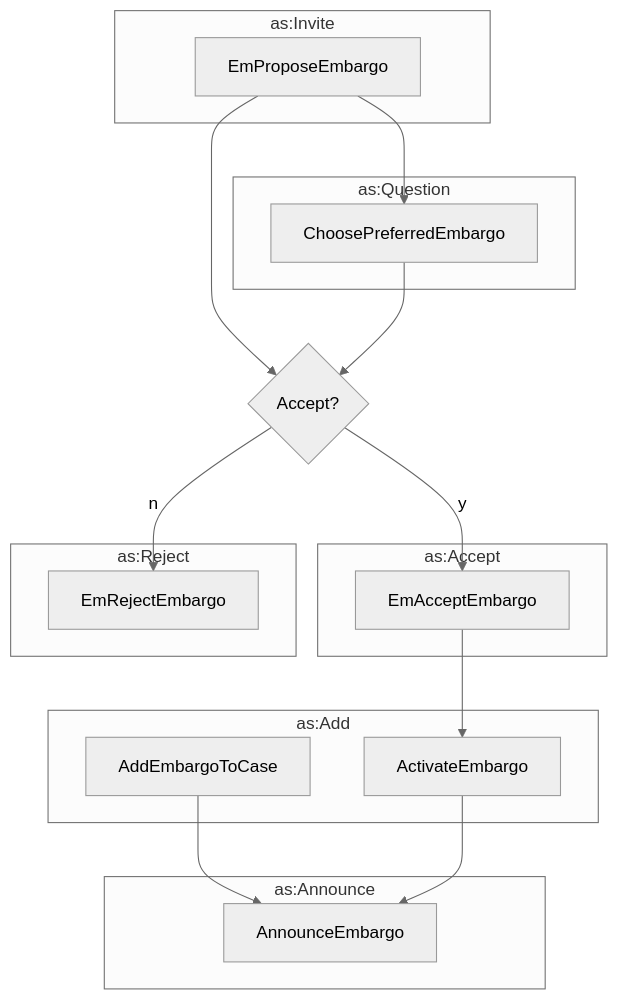
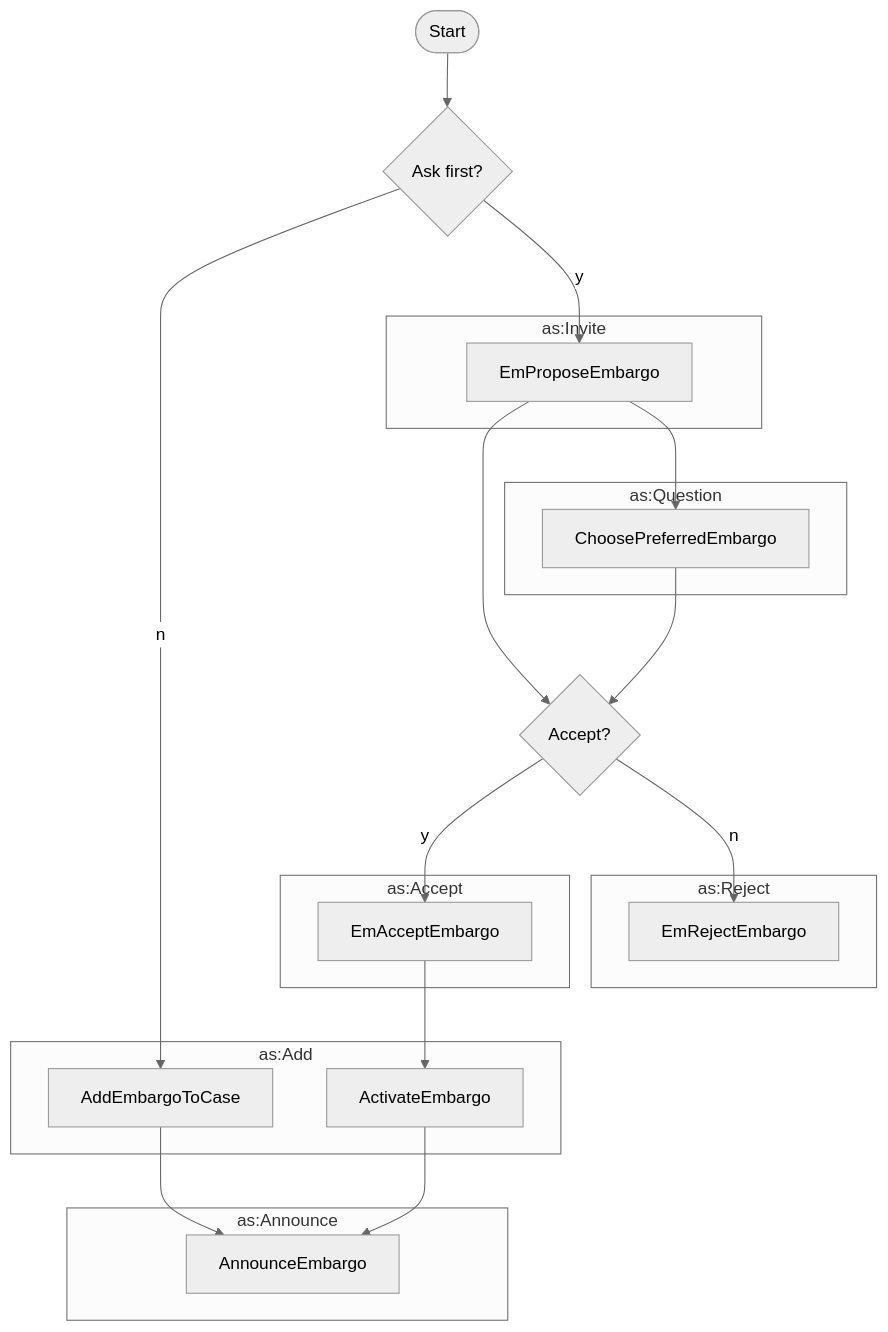
One commit to ahouseholder/Vultron changed the diagram in docs/howto/activitypub/activities/establish_embargo.md. Above: the diagram before and after it, drawn with Mermaid (neutral theme). The commit also changed other lines of this file and 13 other files, not shown here.

````diff
--- a/docs/howto/activitypub/activities/establish_embargo.md
+++ b/docs/howto/activitypub/activities/establish_embargo.md
@@ -3,30 +23,33 @@
 ```mermaid
 flowchart TB
     subgraph as:Invite
         EmProposeEmbargo
     end
     subgraph as:Question
         ChoosePreferredEmbargo
     end
     subgraph as:Accept
         EmAcceptEmbargo
     end
     subgraph as:Reject
         EmRejectEmbargo
     end
     subgraph as:Announce
         AnnounceEmbargo
     end
     subgraph as:Add
         ActivateEmbargo
         AddEmbargoToCase
     end
+    start([Start]) --> f{Ask first?}
+    f -->|n| AddEmbargoToCase
+    f -->|y| EmProposeEmbargo
     EmProposeEmbargo --> a{Accept?}
     a -->|y| EmAcceptEmbargo
     a -->|n| EmRejectEmbargo
     EmProposeEmbargo --> ChoosePreferredEmbargo
     ChoosePreferredEmbargo --> a
     EmAcceptEmbargo --> ActivateEmbargo
     AddEmbargoToCase --> AnnounceEmbargo
     ActivateEmbargo --> AnnounceEmbargo
 ```
````
